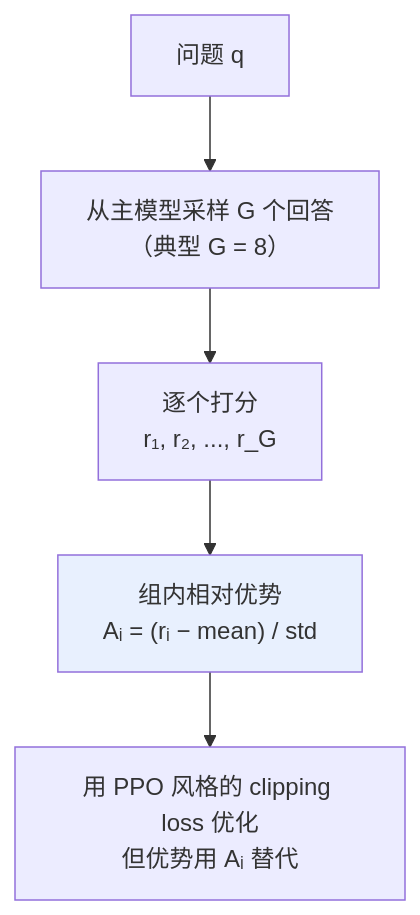
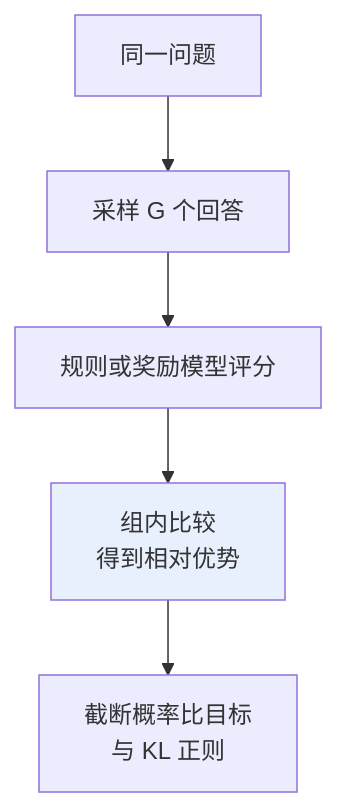
One commit to oneleaveknowsthefall/awesome-ai-roadmap changed the second of 2 diagrams in docs/llm/02-training-alignment/10-post-training.md. Above: the diagram before and after it, drawn with Mermaid. The commit also changed other lines of this file and 45 other files, not shown here.

````diff
--- a/docs/llm/02-training-alignment/10-post-training.md
+++ b/docs/llm/02-training-alignment/10-post-training.md
@@ -122,9 +131,9 @@
 ```mermaid
 flowchart TB
-    Q["问题 q"] --> G["从主模型采样 G 个回答<br/>（典型 G = 8）"]
-    G --> R["逐个打分<br/>r₁, r₂, ..., r_G"]
-    R --> A["组内相对优势<br/>Aᵢ = (rᵢ − mean) / std"]
-    A --> OPT["用 PPO 风格的 clipping loss 优化<br/>但优势用 Aᵢ 替代"]
+    Q["同一问题"] --> G["采样 G 个回答"]
+    G --> R["规则或奖励模型评分"]
+    R --> A["组内比较<br/>得到相对优势"]
+    A --> OPT["截断概率比目标<br/>与 KL 正则"]
 
     style A fill:#e8f0fe
 ```
````
